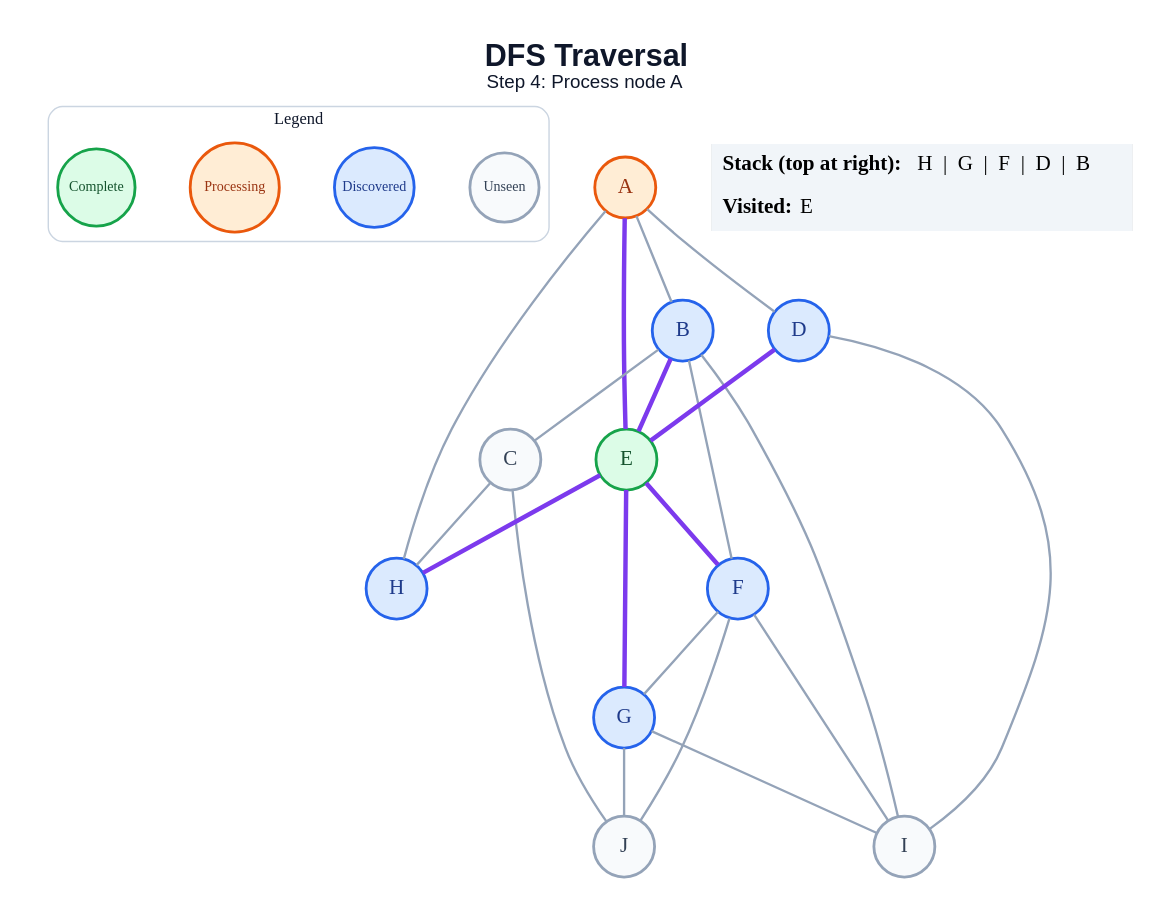
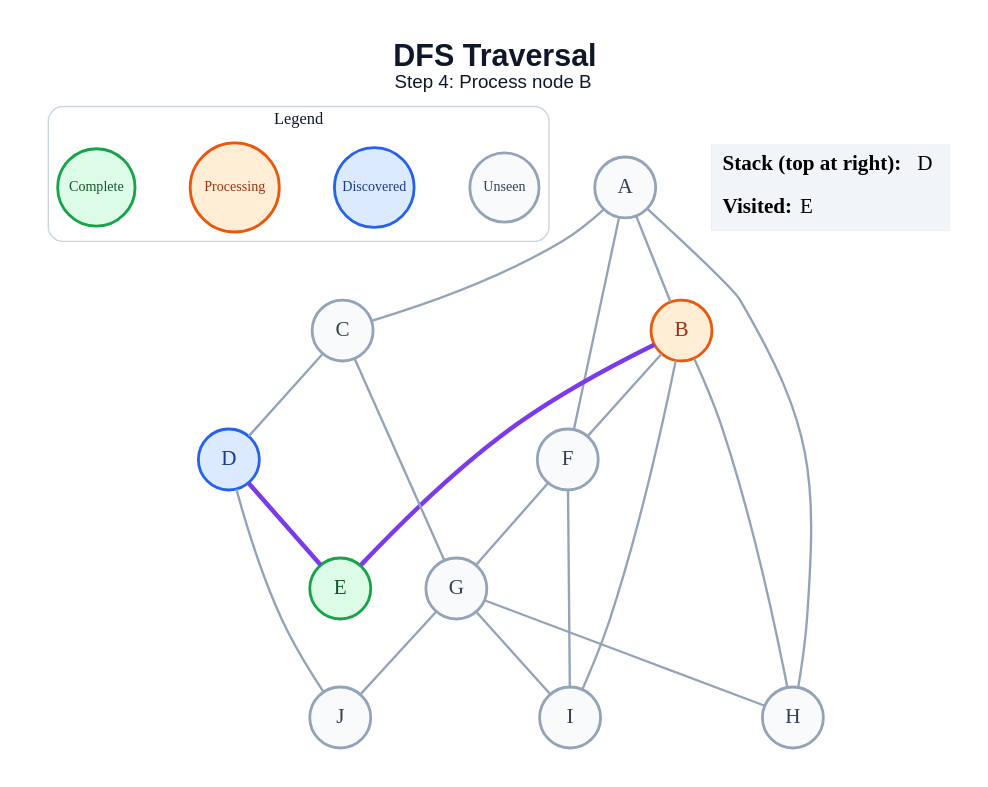
One commit to amanghodawala9/ai-slop changed the diagram in generated/specific-node/dfs/step_04.dot. Above: the diagram before and after it, drawn with Graphviz. The commit also changed 178 other files, not shown here.

```diff
--- a/generated/specific-node/dfs/step_04.dot
+++ b/generated/specific-node/dfs/step_04.dot
@@ -1,49 +1,46 @@
 graph traversal {
   graph [layout=dot, rankdir=TB, bgcolor="#FFFFFF", pad="0.35", nodesep="0.65", ranksep="0.8", fontname="Arial"];
   node [shape=circle, style="filled", fontname="Arial Bold", fontsize=18, width=0.72, fixedsize=true, penwidth=2.4];
   edge [color="#94A3B8", penwidth=2.0];
-  label=<<B>DFS Traversal</B><BR/><FONT POINT-SIZE="16">Step 4: Process node A</FONT>>; labelloc="t"; fontsize=26; fontname="Arial"; fontcolor="#0F172A";
+  label=<<B>DFS Traversal</B><BR/><FONT POINT-SIZE="16">Step 4: Process node B</FONT>>; labelloc="t"; fontsize=26; fontname="Arial"; fontcolor="#0F172A";
   subgraph cluster_legend { label="Legend"; color="#CBD5E1"; penwidth=1.2; style="rounded"; fontsize=14; fontname="Arial Bold";
     key_unseen [label="Unseen", fillcolor="#F8FAFC", color="#94A3B8", fontcolor="#334155", fontsize=12, width=0.82];
     key_frontier [label="Discovered", fillcolor="#DBEAFE", color="#2563EB", fontcolor="#1E3A8A", fontsize=12, width=0.95];
     key_current [label="Processing", fillcolor="#FFEDD5", color="#EA580C", fontcolor="#9A3412", fontsize=12, width=1.05];
     key_done [label="Complete", fillcolor="#DCFCE7", color="#16A34A", fontcolor="#14532D", fontsize=12, width=0.92];
     { rank=same; key_unseen; key_frontier; key_current; key_done; }
   }
-  A [fillcolor="#FFEDD5", color="#EA580C", fontcolor="#9A3412"];
-  B [fillcolor="#DBEAFE", color="#2563EB", fontcolor="#1E3A8A"];
+  A [fillcolor="#F8FAFC", color="#94A3B8", fontcolor="#334155"];
+  B [fillcolor="#FFEDD5", color="#EA580C", fontcolor="#9A3412"];
   C [fillcolor="#F8FAFC", color="#94A3B8", fontcolor="#334155"];
   D [fillcolor="#DBEAFE", color="#2563EB", fontcolor="#1E3A8A"];
   E [fillcolor="#DCFCE7", color="#16A34A", fontcolor="#14532D"];
-  F [fillcolor="#DBEAFE", color="#2563EB", fontcolor="#1E3A8A"];
-  G [fillcolor="#DBEAFE", color="#2563EB", fontcolor="#1E3A8A"];
-  H [fillcolor="#DBEAFE", color="#2563EB", fontcolor="#1E3A8A"];
+  F [fillcolor="#F8FAFC", color="#94A3B8", fontcolor="#334155"];
+  G [fillcolor="#F8FAFC", color="#94A3B8", fontcolor="#334155"];
+  H [fillcolor="#F8FAFC", color="#94A3B8", fontcolor="#334155"];
   I [fillcolor="#F8FAFC", color="#94A3B8", fontcolor="#334155"];
   J [fillcolor="#F8FAFC", color="#94A3B8", fontcolor="#334155"];
   A -- B;
-  A -- D;
-  A -- E [color="#7C3AED", penwidth=3.8];
+  A -- C;
+  A -- F;
   A -- H;
-  B -- C;
   B -- E [color="#7C3AED", penwidth=3.8];
   B -- F;
+  B -- H;
   B -- I;
-  C -- H;
-  C -- J;
+  C -- D;
+  C -- G;
   D -- E [color="#7C3AED", penwidth=3.8];
-  D -- I;
-  E -- F [color="#7C3AED", penwidth=3.8];
-  E -- G [color="#7C3AED", penwidth=3.8];
-  E -- H [color="#7C3AED", penwidth=3.8];
+  D -- J;
   F -- G;
   F -- I;
-  F -- J;
+  G -- H;
   G -- I;
   G -- J;
   status [shape=plain, fixedsize=false, width=0, height=0, margin=0, label=<
     <TABLE BORDER="0" CELLBORDER="0" CELLPADDING="7" BGCOLOR="#F1F5F9">
-      <TR><TD ALIGN="LEFT"><B>Stack (top at right):</B> H  |  G  |  F  |  D  |  B</TD></TR>
+      <TR><TD ALIGN="LEFT"><B>Stack (top at right):</B> D</TD></TR>
       <TR><TD ALIGN="LEFT"><B>Visited:</B> E</TD></TR>
     </TABLE>
   >];
 }
```
